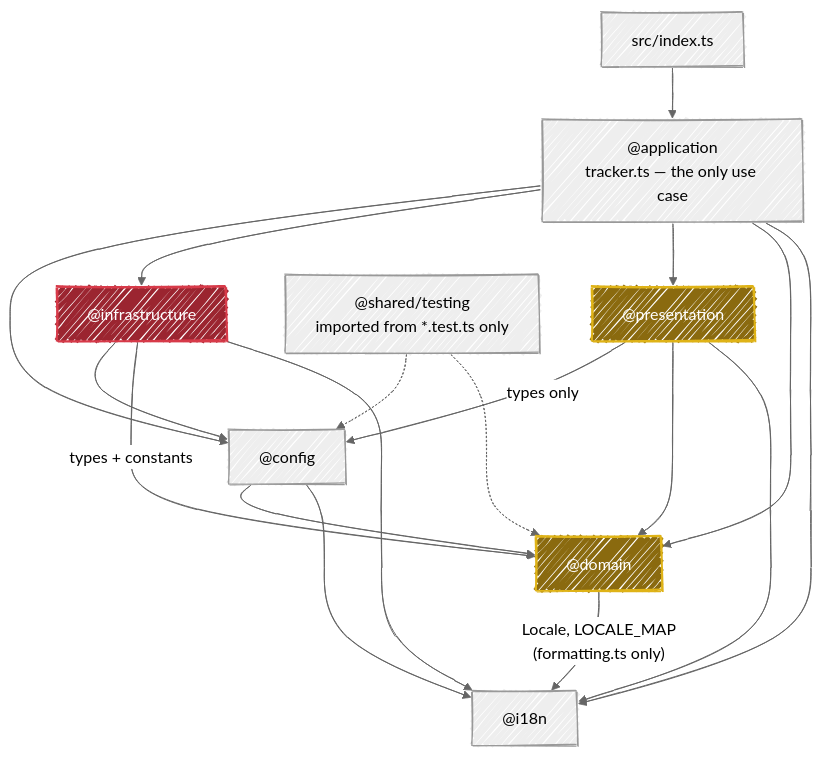
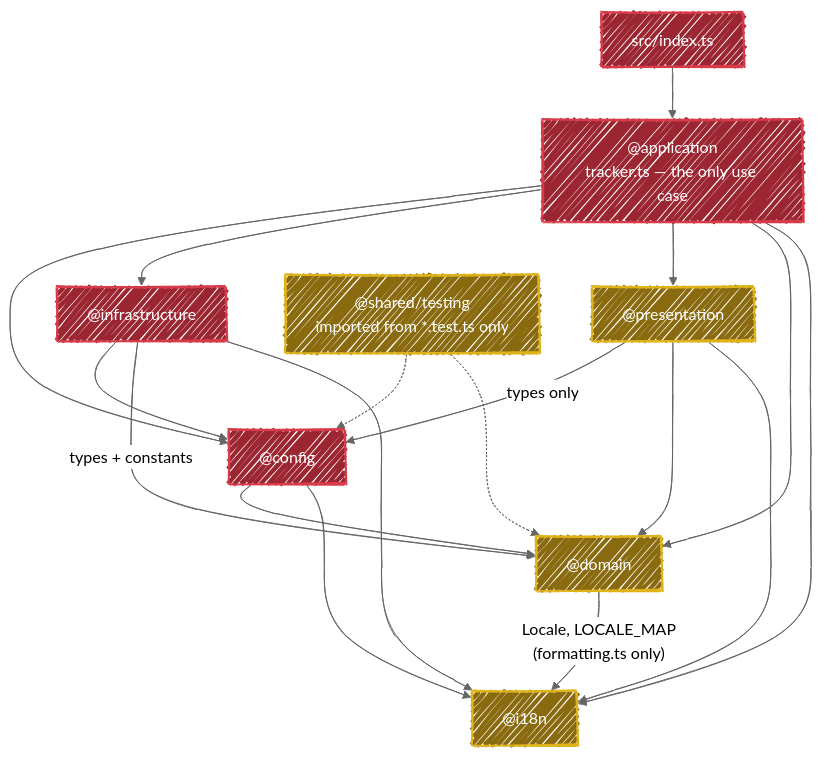
One commit to fbuireu/github-star-tracker changed the diagram in ARCHITECTURE.md. Above: the diagram before and after it, drawn with Mermaid. The commit also changed other lines of this file and 4 other files, not shown here.

````diff
--- a/ARCHITECTURE.md
+++ b/ARCHITECTURE.md
@@ -15,33 +15,33 @@
 ```mermaid
 ---
 config:
   look: handDrawn
   theme: neutral
 ---
 flowchart TD
     idx["src/index.ts"] --> app["@application<br/>tracker.ts — the only use case"]
 
     app --> cfg["@config"]
     app --> infra["@infrastructure"]
     app --> pres["@presentation"]
     app --> dom["@domain"]
     app --> i18n["@i18n"]
 
     cfg --> dom
     cfg --> i18n
     pres -->|types only| cfg
     pres --> dom
     pres --> i18n
     infra --> cfg
     infra -->|types + constants| dom
     infra --> i18n
     dom -->|"Locale, LOCALE_MAP<br/>(formatting.ts only)"| i18n
 
     test["@shared/testing<br/>imported from *.test.ts only"] -.-> cfg
     test -.-> dom
 
     classDef pure fill:#8a6a0f,stroke:#dfb317,stroke-width:2px,color:#fff
-    classDef io fill:#9b2530,stroke:#d73a49,stroke-width:2px,color:#fff
-    class dom,pres pure
-    class infra io
+    classDef shell fill:#9b2530,stroke:#d73a49,stroke-width:2px,color:#fff
+    class dom,pres,i18n,test pure
+    class idx,app,cfg,infra shell
 ```
````
